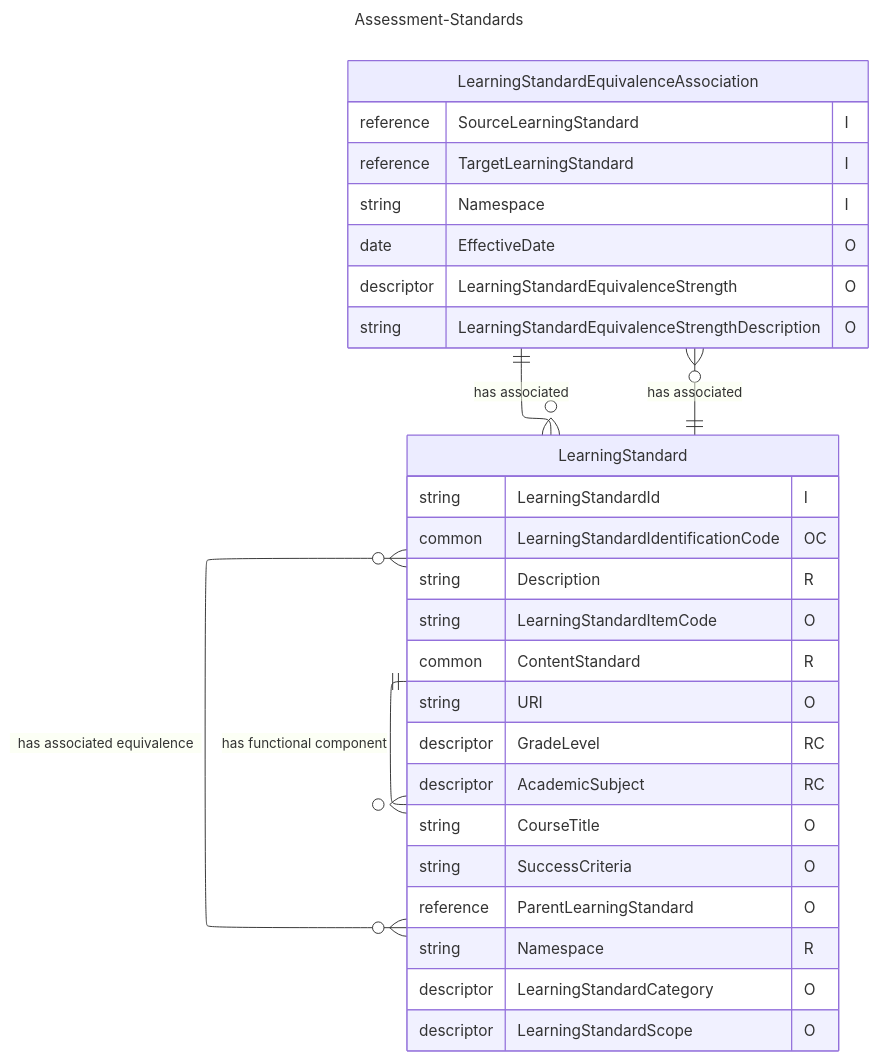
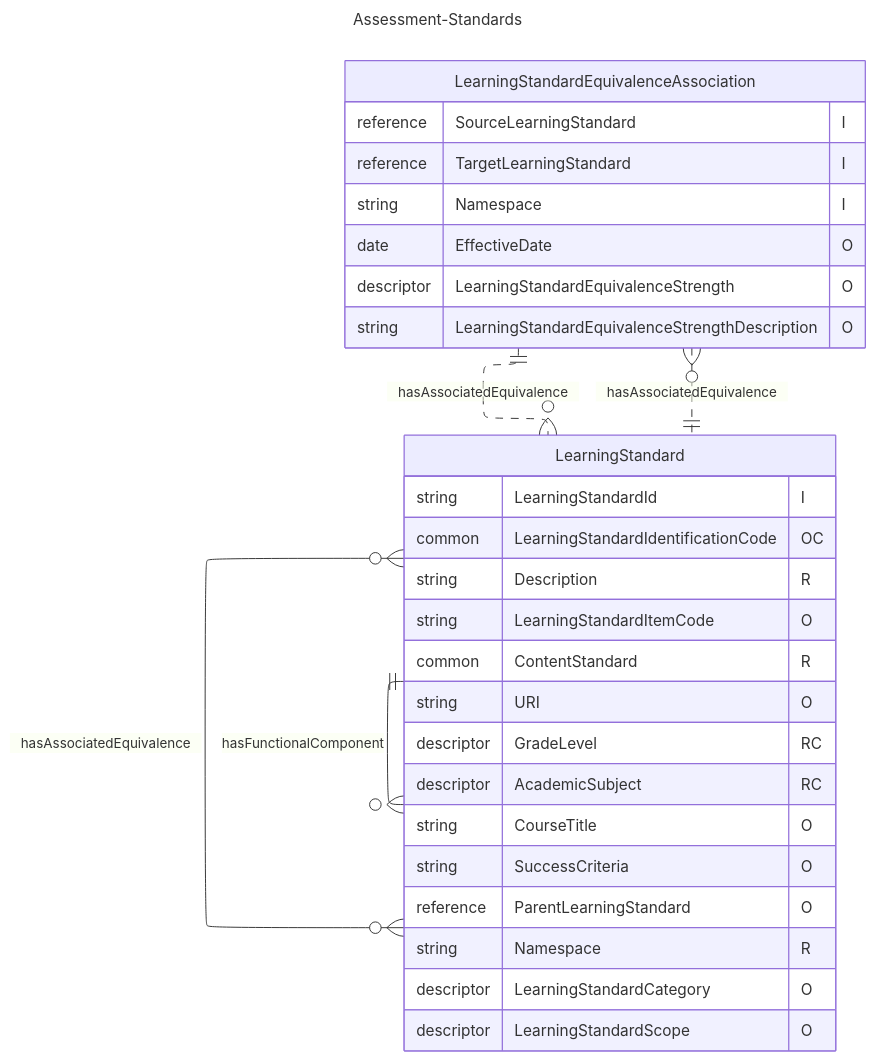
The diagram in Models/Models/Assessment-Standards.mmd (Ed-Fi-Alliance-OSS/Ed-Fi-Data-Standard), drawn with Mermaid before and after one commit. The commit also changed 6 other files, not shown here.

```diff
--- a/Models/Models/Assessment-Standards.mmd
+++ b/Models/Models/Assessment-Standards.mmd
@@ -1,34 +1,34 @@
 ---
 title: Assessment-Standards
 config:
   layout: elk
 ---
 erDiagram
     LearningStandard {
         string LearningStandardId "I"
         common LearningStandardIdentificationCode "OC"
         string Description "R"
         string LearningStandardItemCode "O"
         common ContentStandard "R"
         string URI "O"
         descriptor GradeLevel "RC"
         descriptor AcademicSubject "RC"
         string CourseTitle "O"
         string SuccessCriteria "O"
         reference ParentLearningStandard "O"
         string Namespace "R"
         descriptor LearningStandardCategory "O"
         descriptor LearningStandardScope "O"
     }
     LearningStandardEquivalenceAssociation {
         reference SourceLearningStandard "I"
         reference TargetLearningStandard "I"
         string Namespace "I"
         date EffectiveDate "O"
         descriptor LearningStandardEquivalenceStrength "O"
         string LearningStandardEquivalenceStrengthDescription "O"
     }
-    LearningStandard ||--o{ LearningStandard : "has functional component"
-    LearningStandardEquivalenceAssociation }o--|| LearningStandard : "has associated"
-    LearningStandardEquivalenceAssociation ||--o{ LearningStandard : "has associated"
-    LearningStandard }o--o{ LearningStandard : "has associated equivalence"
+    LearningStandard ||--o{ LearningStandard : "hasFunctionalComponent"
+    LearningStandardEquivalenceAssociation }o..|| LearningStandard : "hasAssociatedEquivalence"
+    LearningStandardEquivalenceAssociation ||..o{ LearningStandard : "hasAssociatedEquivalence"
+    LearningStandard }o--o{ LearningStandard : "hasAssociatedEquivalence"
```
